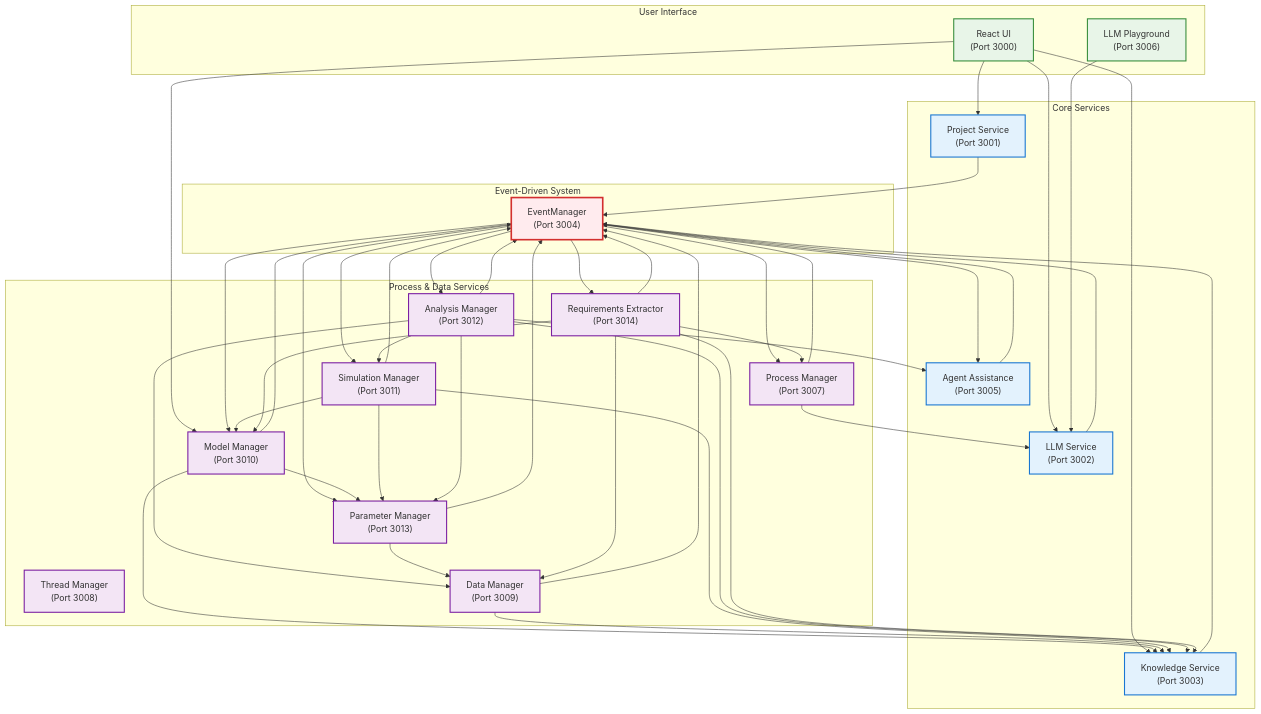
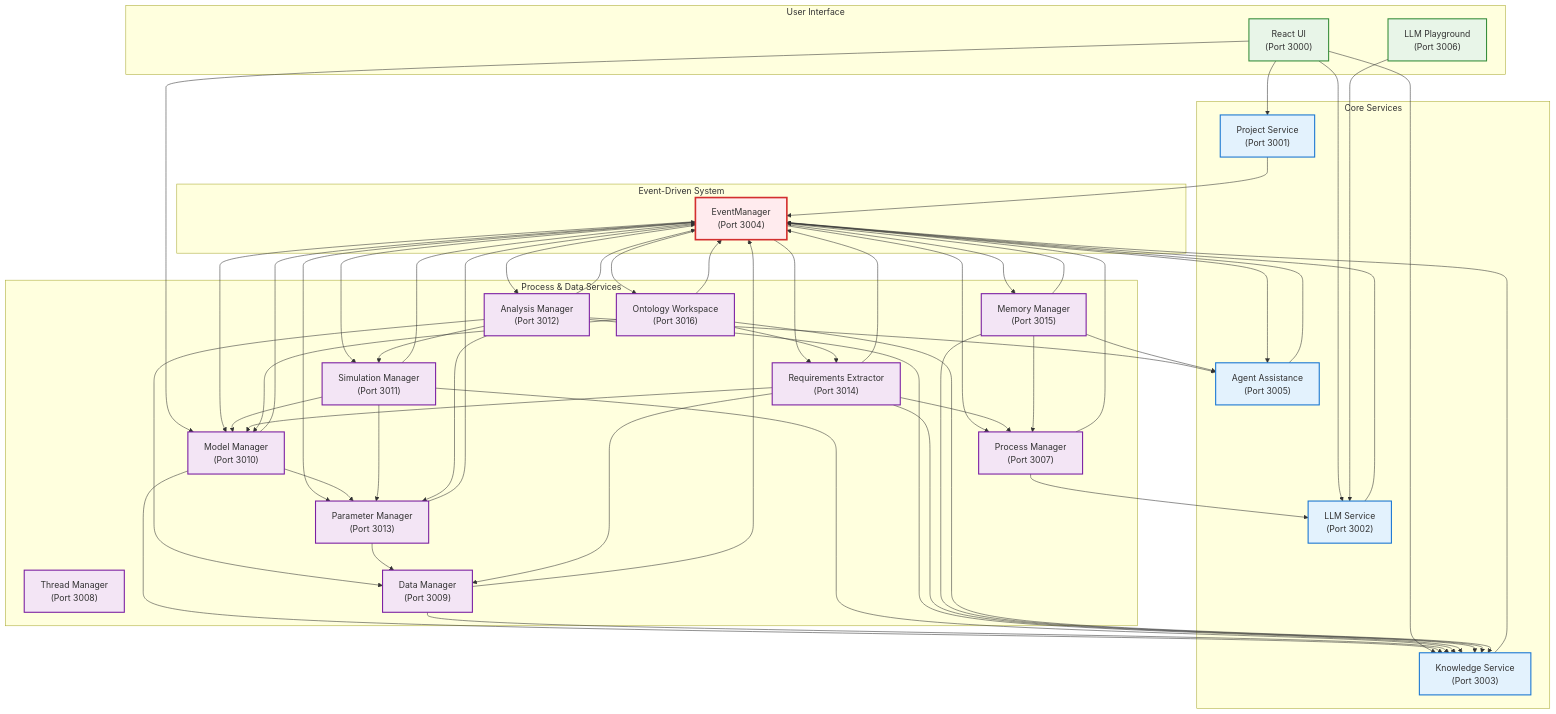
Before and after one commit to laserpointlabs/dadms: the first of 2 diagrams in docs/architecture/README.md, drawn with Mermaid. The commit also changed other lines of this file and 5 other files, not shown here.

First line of the commit message:
feat: Add Ontology Workspace API documentation and architecture updates

````diff
--- a/docs/architecture/README.md
+++ b/docs/architecture/README.md
@@ -42,6 +42,8 @@
         AnalysisManager["Analysis Manager<br/>(Port 3012)"]
         ParameterManager["Parameter Manager<br/>(Port 3013)"]
         RequirementsExtractor["Requirements Extractor<br/>(Port 3014)"]
+        MemoryManager["Memory Manager<br/>(Port 3015)"]
+        OntologyWorkspace["Ontology Workspace<br/>(Port 3016)"]
     end
     
     %% UI connections
@@ -63,6 +65,8 @@
     AnalysisManager --> EventManager
     ParameterManager --> EventManager
     RequirementsExtractor --> EventManager
+    MemoryManager --> EventManager
+    OntologyWorkspace --> EventManager
     
     %% EventManager back to services
     EventManager --> AAS
@@ -72,6 +76,8 @@
     EventManager --> AnalysisManager
     EventManager --> ParameterManager
     EventManager --> RequirementsExtractor
+    EventManager --> MemoryManager
+    EventManager --> OntologyWorkspace
     
     %% Service interconnections
     ProcessManager --> LLMService
@@ -91,6 +97,12 @@
     RequirementsExtractor --> DataManager
     RequirementsExtractor --> ModelManager
     RequirementsExtractor --> ProcessManager
+    MemoryManager --> AAS
+    MemoryManager --> KnowledgeService
+    MemoryManager --> ProcessManager
+    OntologyWorkspace --> KnowledgeService
+    OntologyWorkspace --> ModelManager
+    OntologyWorkspace --> RequirementsExtractor
     
     classDef ui fill:#e8f5e8,stroke:#388e3c,stroke-width:2px;
     classDef core fill:#e3f2fd,stroke:#1976d2,stroke-width:2px;
@@ -100,5 +112,5 @@
     class WebUI,Playground ui;
     class ProjectService,LLMService,KnowledgeService,AAS core;
     class EventManager event;
-    class ProcessManager,ThreadManager,DataManager,ModelManager,SimulationManager,AnalysisManager,ParameterManager,RequirementsExtractor process;
+    class ProcessManager,ThreadManager,DataManager,ModelManager,SimulationManager,AnalysisManager,ParameterManager,RequirementsExtractor,MemoryManager,OntologyWorkspace process;
 ```
````
